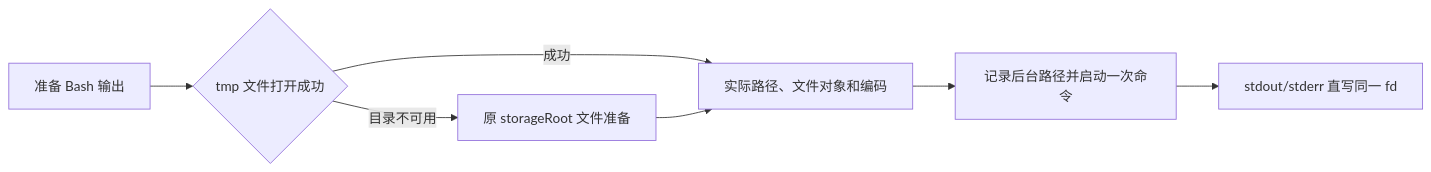
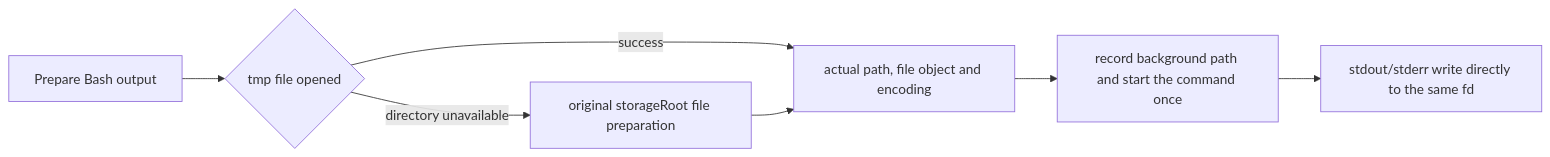
One commit to osben/ZCode changed the diagram in apps/zcode-cli/docs/design/v2/tool/04-bash.md. Above: the diagram before and after it, drawn with Mermaid. The commit also changed other lines of this file and 17 other files, not shown here.

````diff
--- a/apps/zcode-cli/docs/design/v2/tool/04-bash.md
+++ b/apps/zcode-cli/docs/design/v2/tool/04-bash.md
@@ -215,9 +180,9 @@
 ```mermaid
 flowchart LR
-    A[准备 Bash 输出] --> B{tmp 文件打开成功}
-    B -->|成功| D[实际路径、文件对象和编码]
-    B -->|目录不可用| C[原 storageRoot 文件准备]
+    A[Prepare Bash output] --> B{tmp file opened}
+    B -->|success| D[actual path, file object and encoding]
+    B -->|directory unavailable| C[original storageRoot file preparation]
     C --> D
-    D --> E[记录后台路径并启动一次命令]
-    E --> F[stdout/stderr 直写同一 fd]
+    D --> E[record background path and start the command once]
+    E --> F[stdout/stderr write directly to the same fd]
 ```
````
